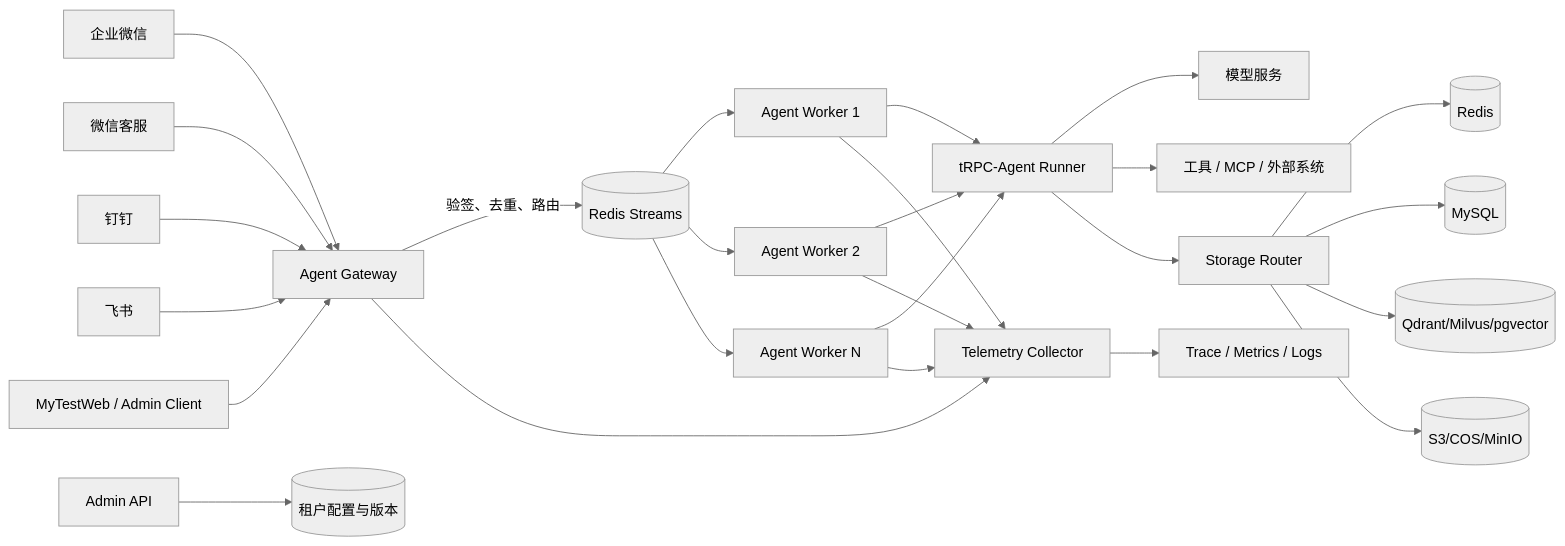
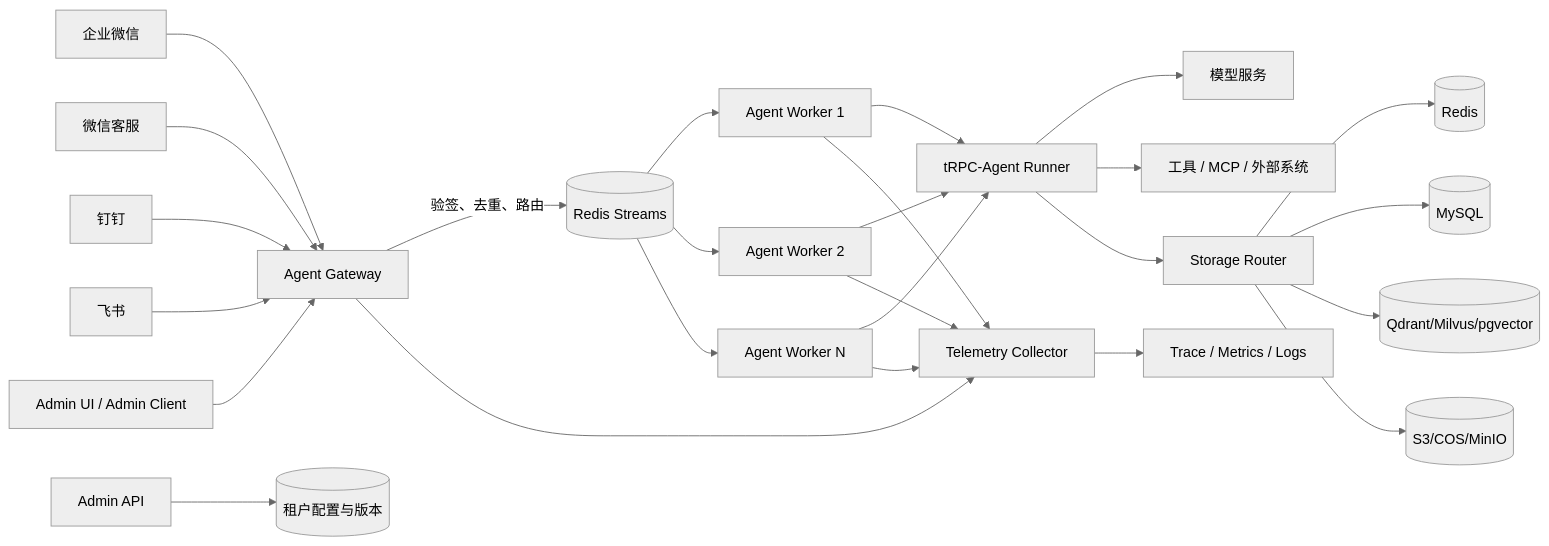
One commit to raychen911/trpc-agent-service changed the first of 2 diagrams in docs/SUBMISSION_PROPOSAL.md. Above: the diagram before and after it, drawn with Mermaid (neutral theme). The commit also changed other lines of this file and 33 other files, not shown here.

````diff
--- a/docs/SUBMISSION_PROPOSAL.md
+++ b/docs/SUBMISSION_PROPOSAL.md
@@ -63,28 +63,28 @@
 ```mermaid
 flowchart LR
     IM1[企业微信] --> GW[Agent Gateway]
     IM2[微信客服] --> GW
     IM3[钉钉] --> GW
     IM4[飞书] --> GW
-    WEB[MyTestWeb / Admin Client] --> GW
+    WEB[Admin UI / Admin Client] --> GW
     GW -->|验签、去重、路由| Q[(Redis Streams)]
     Q --> W1[Agent Worker 1]
     Q --> W2[Agent Worker 2]
     Q --> WN[Agent Worker N]
     W1 --> RUNNER[tRPC-Agent Runner]
     W2 --> RUNNER
     WN --> RUNNER
     RUNNER --> MODEL[模型服务]
     RUNNER --> TOOL[工具 / MCP / 外部系统]
     RUNNER --> SR[Storage Router]
     SR --> REDIS[(Redis)]
     SR --> SQL[(MySQL)]
     SR --> VECTOR[(Qdrant/Milvus/pgvector)]
     SR --> OBJECT[(S3/COS/MinIO)]
     ADMIN[Admin API] --> CFG[(租户配置与版本)]
     GW --> OTEL[Telemetry Collector]
     W1 --> OTEL
     W2 --> OTEL
     WN --> OTEL
     OTEL --> OBS[Trace / Metrics / Logs]
 ```
````
